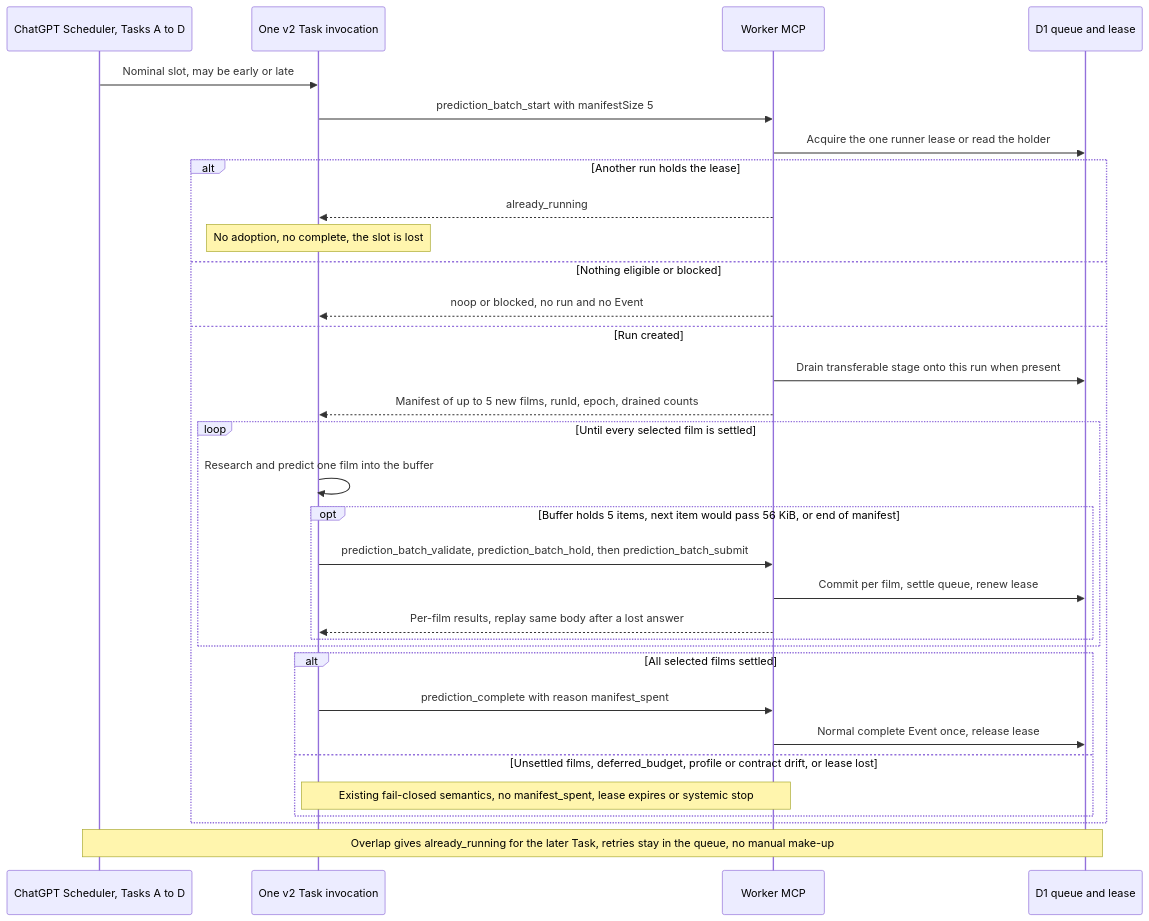
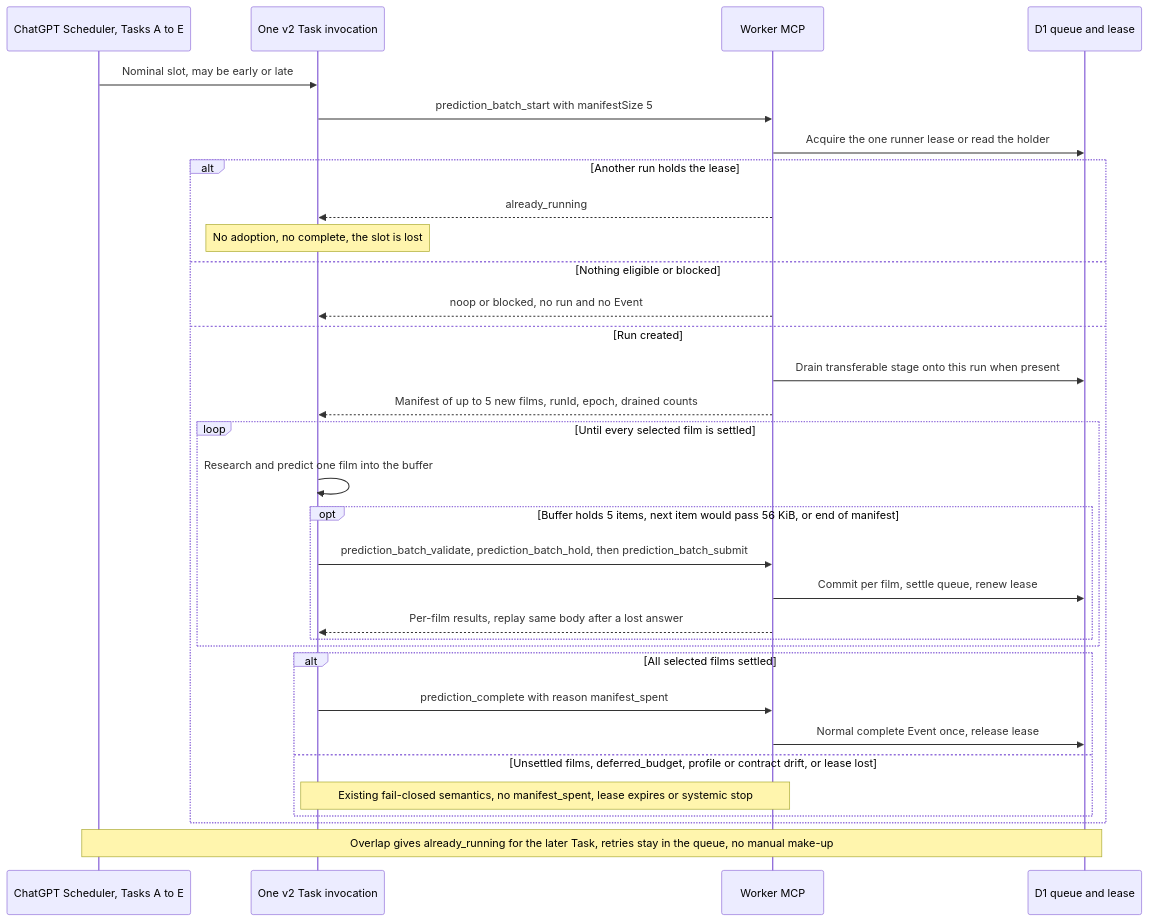
One commit to vladimino/iptv-watchlist changed the second of 14 diagrams in docs/architecture/scheduling-and-orchestration.md. Above: the diagram before and after it, drawn with Mermaid. The commit also changed other lines of this file and 6 other files, not shown here.

````diff
--- a/docs/architecture/scheduling-and-orchestration.md
+++ b/docs/architecture/scheduling-and-orchestration.md
@@ -63,34 +63,34 @@
 ```mermaid
 sequenceDiagram
-    participant Sched as ChatGPT Scheduler, Tasks A to D
+    participant Sched as ChatGPT Scheduler, Tasks A to E
     participant Task as One v2 Task invocation
     participant MCP as Worker MCP
     participant D1 as D1 queue and lease
     Sched->>Task: Nominal slot, may be early or late
     Task->>MCP: prediction_batch_start with manifestSize 5
     MCP->>D1: Acquire the one runner lease or read the holder
     alt Another run holds the lease
         MCP-->>Task: already_running
         Note over Task: No adoption, no complete, the slot is lost
     else Nothing eligible or blocked
         MCP-->>Task: noop or blocked, no run and no Event
     else Run created
         MCP->>D1: Drain transferable stage onto this run when present
         MCP-->>Task: Manifest of up to 5 new films, runId, epoch, drained counts
         loop Until every selected film is settled
             Task->>Task: Research and predict one film into the buffer
             opt Buffer holds 5 items, next item would pass 56 KiB, or end of manifest
                 Task->>MCP: prediction_batch_validate, prediction_batch_hold, then prediction_batch_submit
                 MCP->>D1: Commit per film, settle queue, renew lease
                 MCP-->>Task: Per-film results, replay same body after a lost answer
             end
         end
         alt All selected films settled
             Task->>MCP: prediction_complete with reason manifest_spent
             MCP->>D1: Normal complete Event once, release lease
         else Unsettled films, deferred_budget, profile or contract drift, or lease lost
             Note over Task,MCP: Existing fail-closed semantics, no manifest_spent, lease expires or systemic stop
         end
     end
     Note over Sched,D1: Overlap gives already_running for the later Task, retries stay in the queue, no manual make-up
 ```
````
